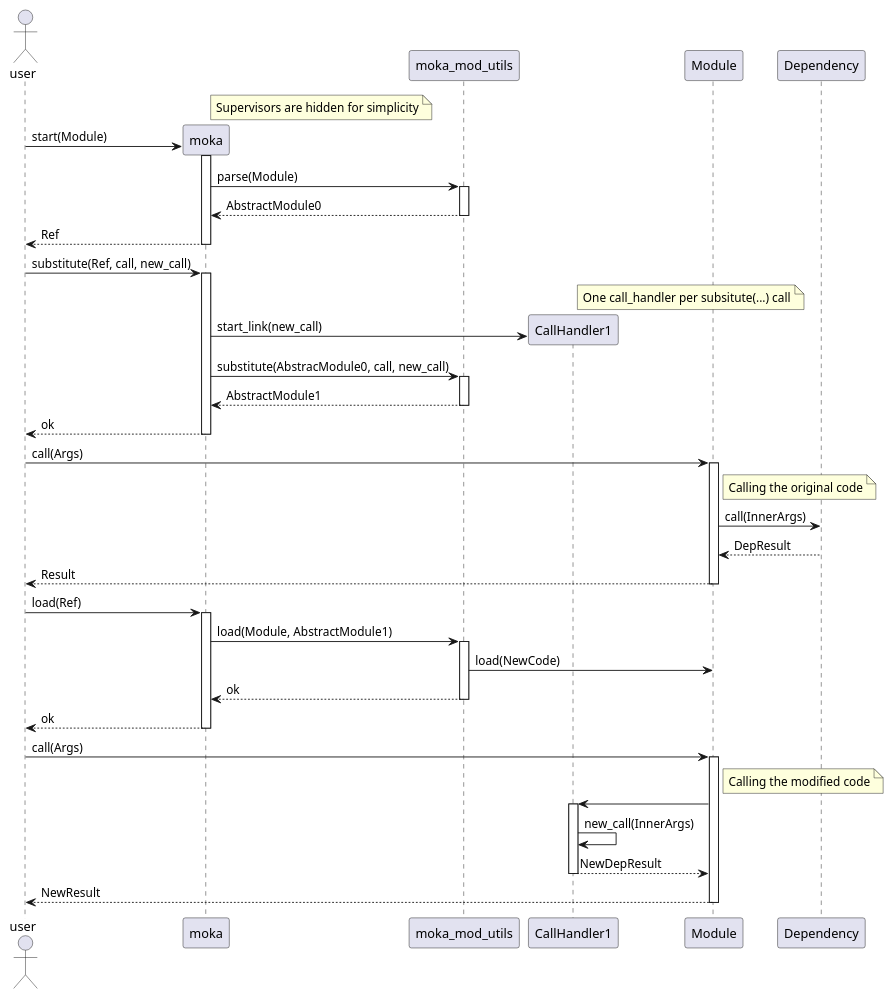
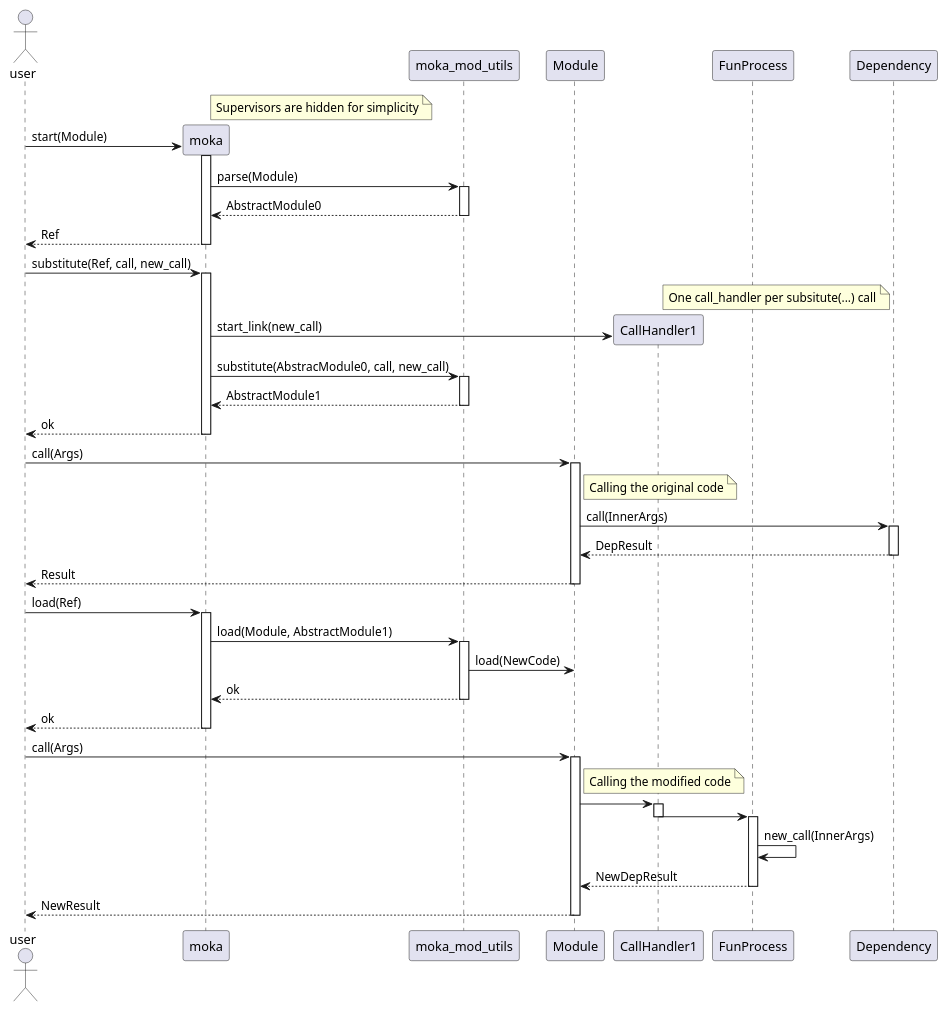
Before and after one commit to samuelrivas/moka: the diagram in doc/design/moking_sequence.puml, drawn with PlantUML.

Commit message:
DOC Update the moking sequence design
The moked behaviour funs ought to be evaluated in a separate process to avoid
deadlocks

```diff
--- a/doc/design/moking_sequence.puml
+++ b/doc/design/moking_sequence.puml
@@ -1,59 +1,71 @@
 @startuml
 actor user
 
+Participant moka
+Participant moka_mod_utils
+Participant Module
+Participant CallHandler1
+Participant FunProcess
+Participant Dependency
+
 Create moka
-note right of moka : Supervisors are hidden for simplicity
-user -> moka: start(Module)
+note right of moka                   : Supervisors are hidden for simplicity
+user             -> moka             : start(Module)
 activate moka
 
 
-moka -> moka_mod_utils: parse(Module)
+moka             -> moka_mod_utils   : parse(Module)
 activate moka_mod_utils
-moka_mod_utils --> moka: AbstractModule0
+moka_mod_utils  --> moka             : AbstractModule0
 deactivate moka_mod_utils
 
-moka --> user: Ref
+moka            --> user             : Ref
 deactivate moka
 
-user -> moka: substitute(Ref, call, new_call)
+user             -> moka             : substitute(Ref, call, new_call)
 activate moka
 Create CallHandler1
-note right of CallHandler1 : One call_handler per subsitute(...) call
-moka -> CallHandler1: start_link(new_call)
-moka -> moka_mod_utils: substitute(AbstracModule0, call, new_call)
+note right of CallHandler1           : One call_handler per subsitute(...) call
+moka             -> CallHandler1     : start_link(new_call)
+moka             -> moka_mod_utils   : substitute(AbstracModule0, call, new_call)
 activate moka_mod_utils
-moka_mod_utils --> moka: AbstractModule1
+moka_mod_utils  --> moka             : AbstractModule1
 deactivate moka_mod_utils
-moka --> user: ok
+moka            --> user             : ok
 deactivate moka
 
-user -> Module: call(Args)
+user             -> Module           : call(Args)
 Activate Module
-note right of Module : Calling the original code
-Module -> Dependency: call(InnerArgs)
-Dependency --> Module: DepResult
-Module --> user: Result
+note right of Module                 : Calling the original code
+Module           -> Dependency       : call(InnerArgs)
+Activate Dependency
+Dependency      --> Module           : DepResult
+Deactivate Dependency
+Module          --> user             : Result
 Deactivate Module
 
-user -> moka: load(Ref)
+user             -> moka             : load(Ref)
 Activate moka
-moka -> moka_mod_utils: load(Module, AbstractModule1)
+moka             -> moka_mod_utils   : load(Module, AbstractModule1)
 Activate moka_mod_utils
-moka_mod_utils -> Module: load(NewCode)
-moka_mod_utils --> moka: ok
+moka_mod_utils   -> Module           : load(NewCode)
+moka_mod_utils  --> moka             : ok
 Deactivate moka_mod_utils
-moka --> user: ok
+moka            --> user             : ok
 Deactivate moka
 
-user -> Module: call(Args)
+user             -> Module           : call(Args)
 Activate Module
-note right of Module : Calling the modified code
-Module -> CallHandler1
+note right of Module                 : Calling the modified code
+Module           -> CallHandler1
 Activate CallHandler1
-CallHandler1 -> CallHandler1: new_call(InnerArgs)
-CallHandler1 --> Module : NewDepResult
+CallHandler1     -> FunProcess
 Deactivate CallHandler1
-Module --> user : NewResult
+Activate FunProcess
+FunProcess       -> FunProcess       : new_call(InnerArgs)
+FunProcess      --> Module           : NewDepResult
+Deactivate FunProcess
+Module          --> user             : NewResult
 deactivate Module
 
 @enduml
```
